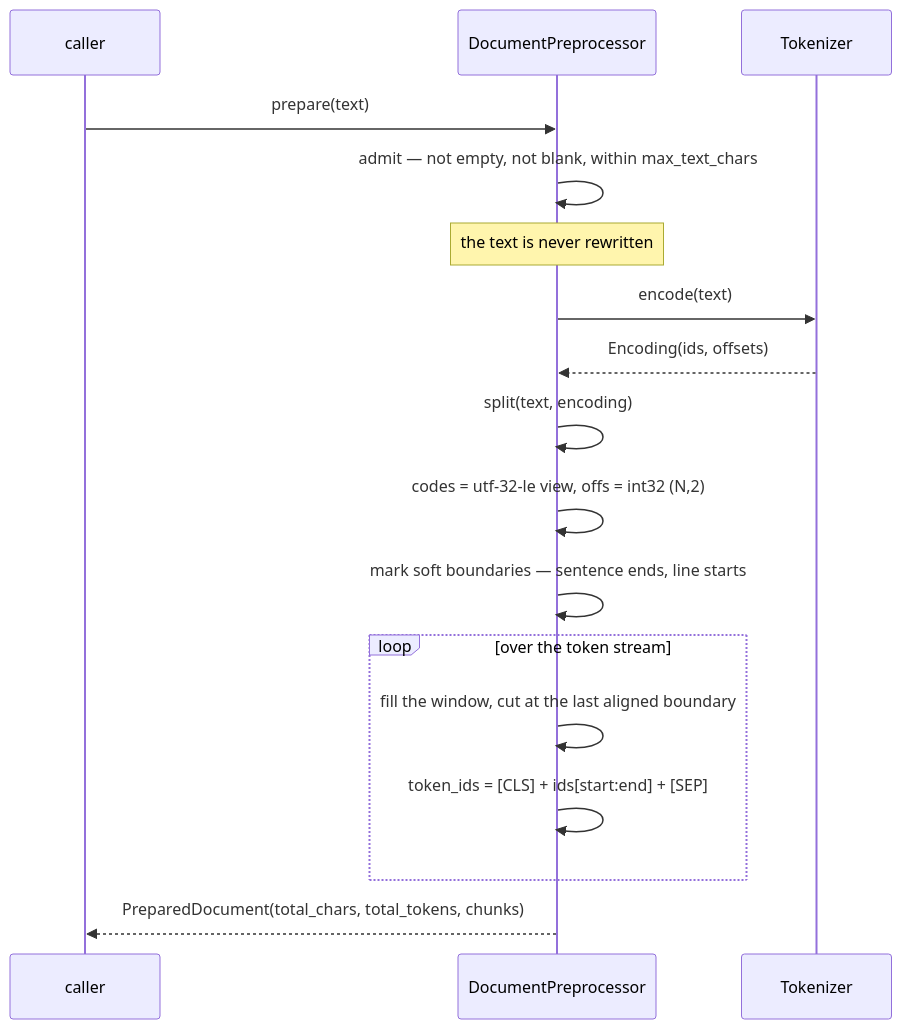
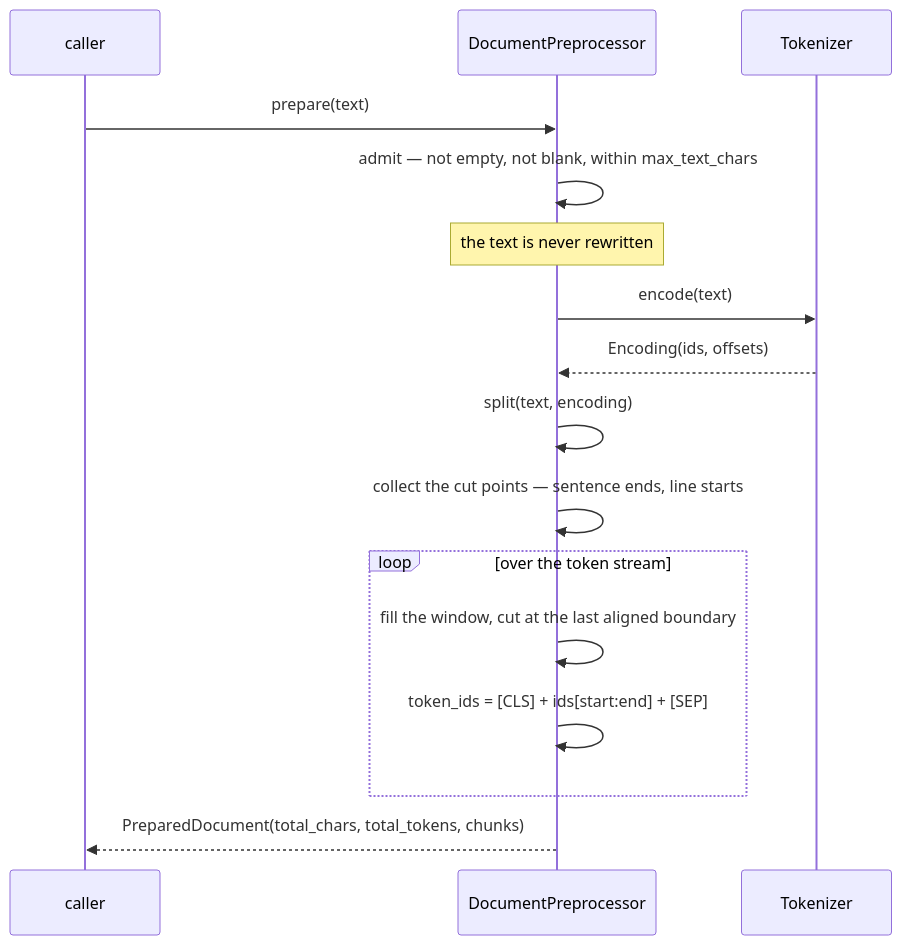
One commit to kunalPisolkar24/detectAI changed the third of 7 diagrams in services/inference/specifications/references/inference-preprocessing.md. Above: the diagram before and after it, drawn with Mermaid. The commit also changed other lines of this file and 7 other files, not shown here.

````diff
--- a/services/inference/specifications/references/inference-preprocessing.md
+++ b/services/inference/specifications/references/inference-preprocessing.md
@@ -434,20 +443,19 @@
 ```mermaid
 sequenceDiagram
     participant C as caller
     participant P as DocumentPreprocessor
     participant T as Tokenizer
 
     C->>P: prepare(text)
     P->>P: admit — not empty, not blank, within max_text_chars
     Note over P: the text is never rewritten
     P->>T: encode(text)
     T-->>P: Encoding(ids, offsets)
     P->>P: split(text, encoding)
-    P->>P: codes = utf-32-le view, offs = int32 (N,2)
-    P->>P: mark soft boundaries — sentence ends, line starts
+    P->>P: collect the cut points — sentence ends, line starts
     loop over the token stream
         P->>P: fill the window, cut at the last aligned boundary
         P->>P: token_ids = [CLS] + ids[start:end] + [SEP]
     end
     P-->>C: PreparedDocument(total_chars, total_tokens, chunks)
 ```
````
